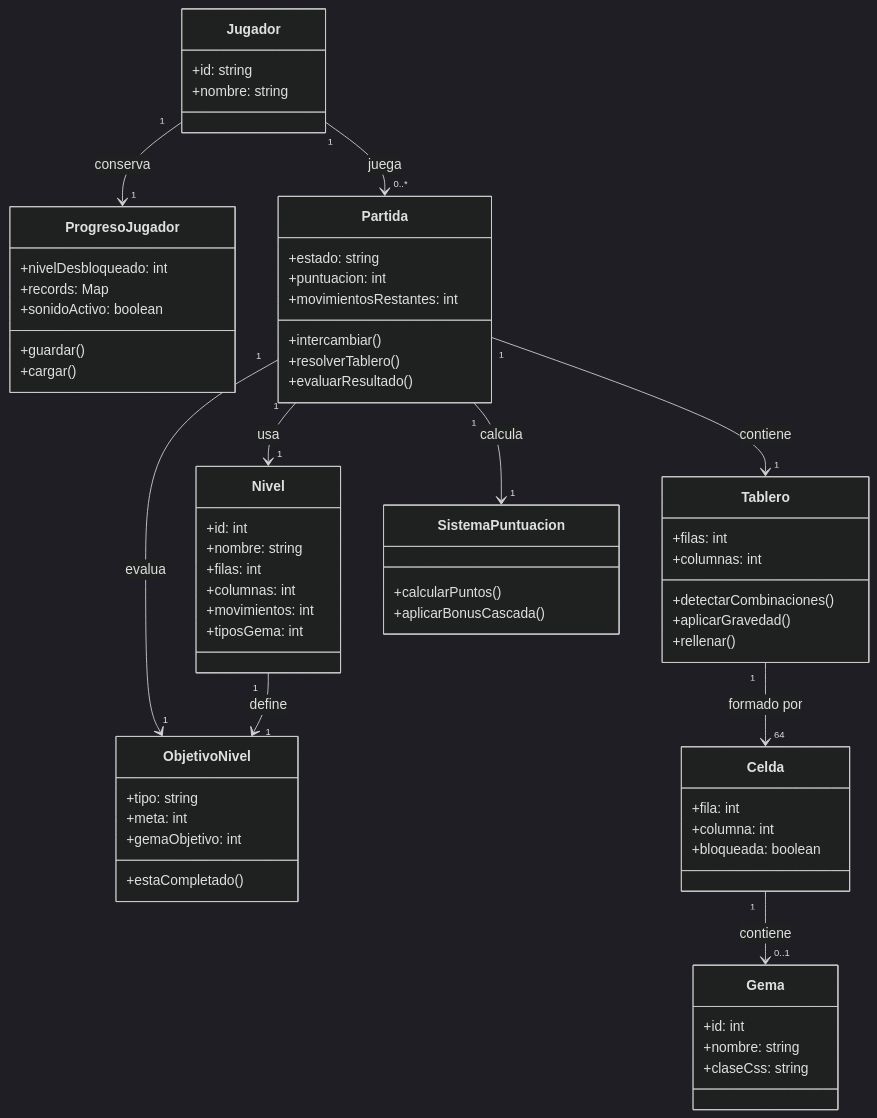
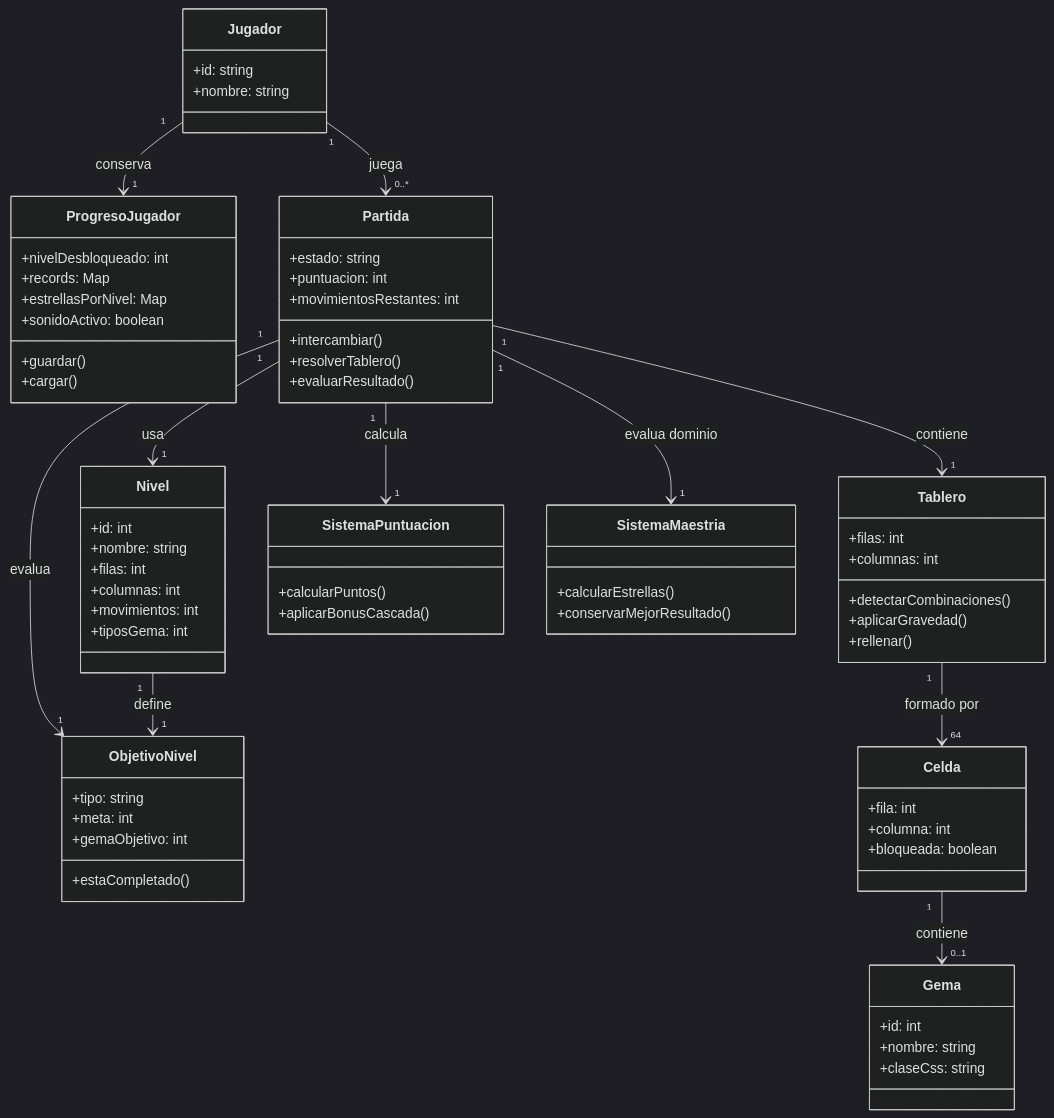
The fourth of 6 diagrams in docs/modelado.md (sebasbv11/juego-match-3), drawn with Mermaid (dark theme) before and after one commit. The commit also changed other lines of this file, not shown here.

````diff
--- a/docs/modelado.md
+++ b/docs/modelado.md
@@ -450,75 +488,82 @@
 ```mermaid
 classDiagram
   class Jugador {
     +id: string
     +nombre: string
   }
 
   class ProgresoJugador {
     +nivelDesbloqueado: int
     +records: Map
+    +estrellasPorNivel: Map
     +sonidoActivo: boolean
     +guardar()
     +cargar()
   }
 
   class Partida {
     +estado: string
     +puntuacion: int
     +movimientosRestantes: int
     +intercambiar()
     +resolverTablero()
     +evaluarResultado()
   }
 
   class Nivel {
     +id: int
     +nombre: string
     +filas: int
     +columnas: int
     +movimientos: int
     +tiposGema: int
   }
 
   class ObjetivoNivel {
     +tipo: string
     +meta: int
     +gemaObjetivo: int
     +estaCompletado()
   }
 
   class Tablero {
     +filas: int
     +columnas: int
     +detectarCombinaciones()
     +aplicarGravedad()
     +rellenar()
   }
 
   class Celda {
     +fila: int
     +columna: int
     +bloqueada: boolean
   }
 
   class Gema {
     +id: int
     +nombre: string
     +claseCss: string
   }
 
   class SistemaPuntuacion {
     +calcularPuntos()
     +aplicarBonusCascada()
   }
 
+  class SistemaMaestria {
+    +calcularEstrellas()
+    +conservarMejorResultado()
+  }
+
   Jugador "1" --> "1" ProgresoJugador : conserva
   Jugador "1" --> "0..*" Partida : juega
   Partida "1" --> "1" Nivel : usa
   Partida "1" --> "1" Tablero : contiene
   Partida "1" --> "1" ObjetivoNivel : evalua
   Partida "1" --> "1" SistemaPuntuacion : calcula
+  Partida "1" --> "1" SistemaMaestria : evalua dominio
   Tablero "1" --> "64" Celda : formado por
   Celda "1" --> "0..1" Gema : contiene
   Nivel "1" --> "1" ObjetivoNivel : define
 ```
````
